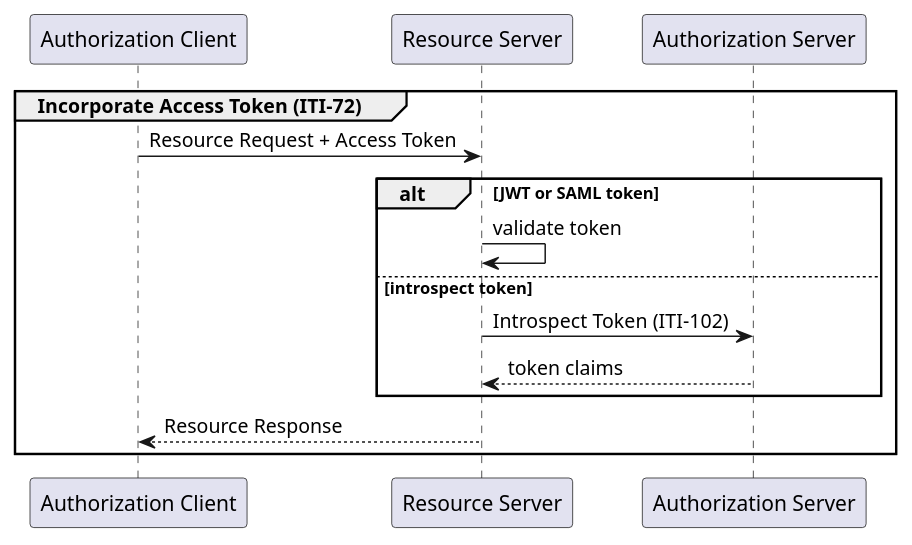
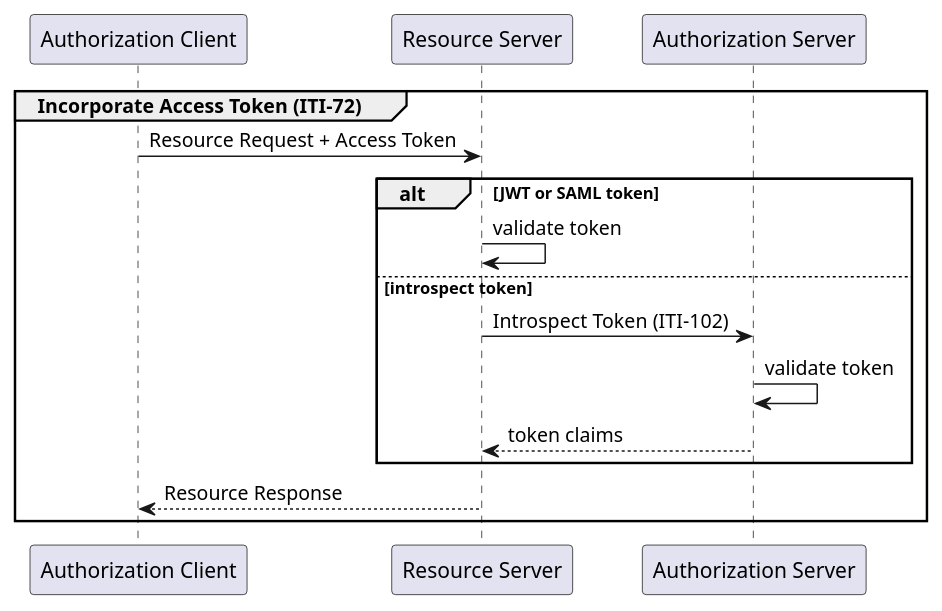
One commit to IHE/ITI.IUA changed the fourth of 6 diagrams in IHE_ITI_Suppl_IUA.md. Above: the diagram before and after it, drawn with PlantUML. The commit also changed 1 other file, not shown here.

Commit message:
Another missed validate token at AS

````diff
--- a/IHE_ITI_Suppl_IUA.md
+++ b/IHE_ITI_Suppl_IUA.md
@@ -1123,23 +1123,24 @@
 ```plantuml
 @startuml incorporate-token
 
 participant "Authorization Client" as client
 participant "Resource Server" as rs
 participant "Authorization Server" as as
 
 group Incorporate Access Token (ITI-72)
 
 client -> rs : Resource Request + Access Token
 
 alt JWT or SAML token
   rs -> rs: validate token
 
 else introspect token
     rs -> as : Introspect Token (ITI-102)
+    as -> as: validate token
     as --> rs: token claims
 end
 
 client <-- rs : Resource Response  
 end  
 @enduml
 ```
````
